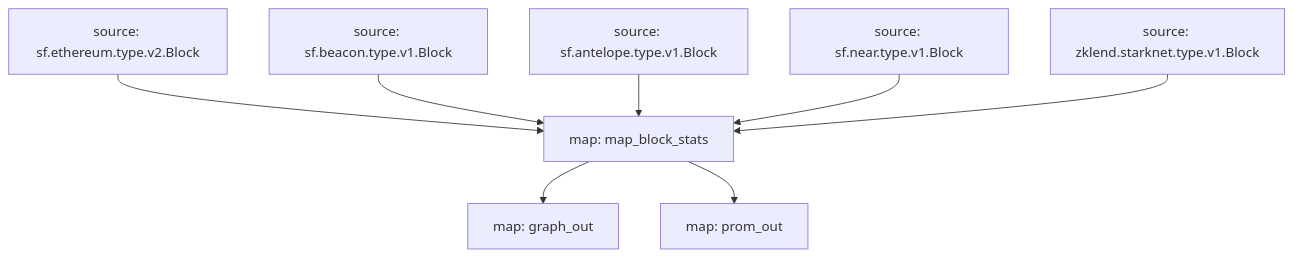
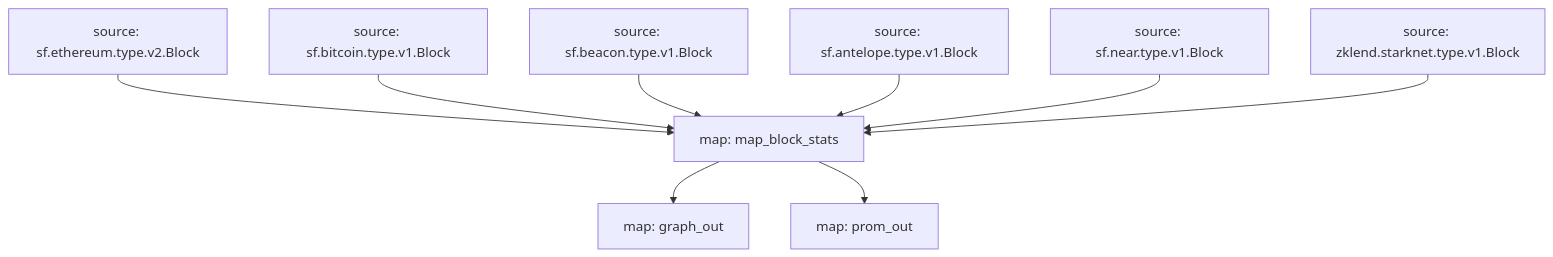
The diagram in README.md (pinax-network/subtivity-substreams), drawn with Mermaid before and after one commit. The commit also changed other lines of this file, not shown here.

Commit message:
add Bitcoin supported chains

````diff
--- a/README.md
+++ b/README.md
@@ -78,13 +78,14 @@
 ```mermaid
 graph TD;
   map_block_stats[map: map_block_stats]
   sf.ethereum.type.v2.Block[source: sf.ethereum.type.v2.Block] --> map_block_stats
+  sf.bitcoin.type.v1.Block[source: sf.bitcoin.type.v1.Block] --> map_block_stats
   sf.beacon.type.v1.Block[source: sf.beacon.type.v1.Block] --> map_block_stats
   sf.antelope.type.v1.Block[source: sf.antelope.type.v1.Block] --> map_block_stats
   sf.near.type.v1.Block[source: sf.near.type.v1.Block] --> map_block_stats
   zklend.starknet.type.v1.Block[source: zklend.starknet.type.v1.Block] --> map_block_stats
   graph_out[map: graph_out]
   map_block_stats --> graph_out
   prom_out[map: prom_out]
   map_block_stats --> prom_out
 ```
````
